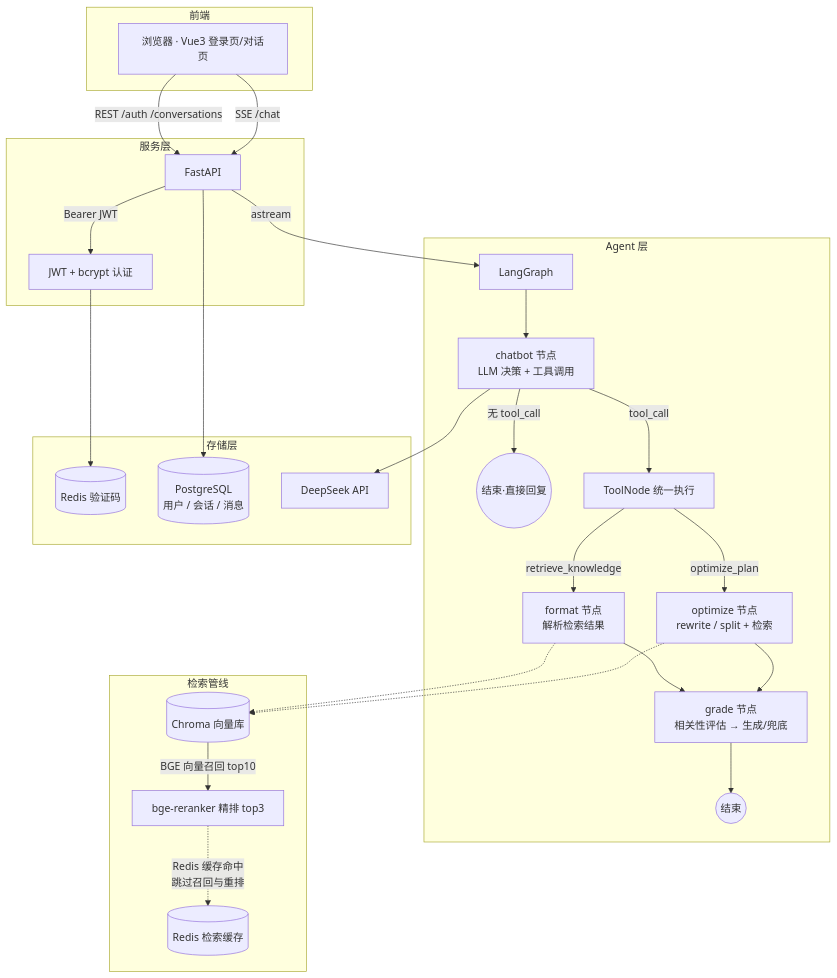
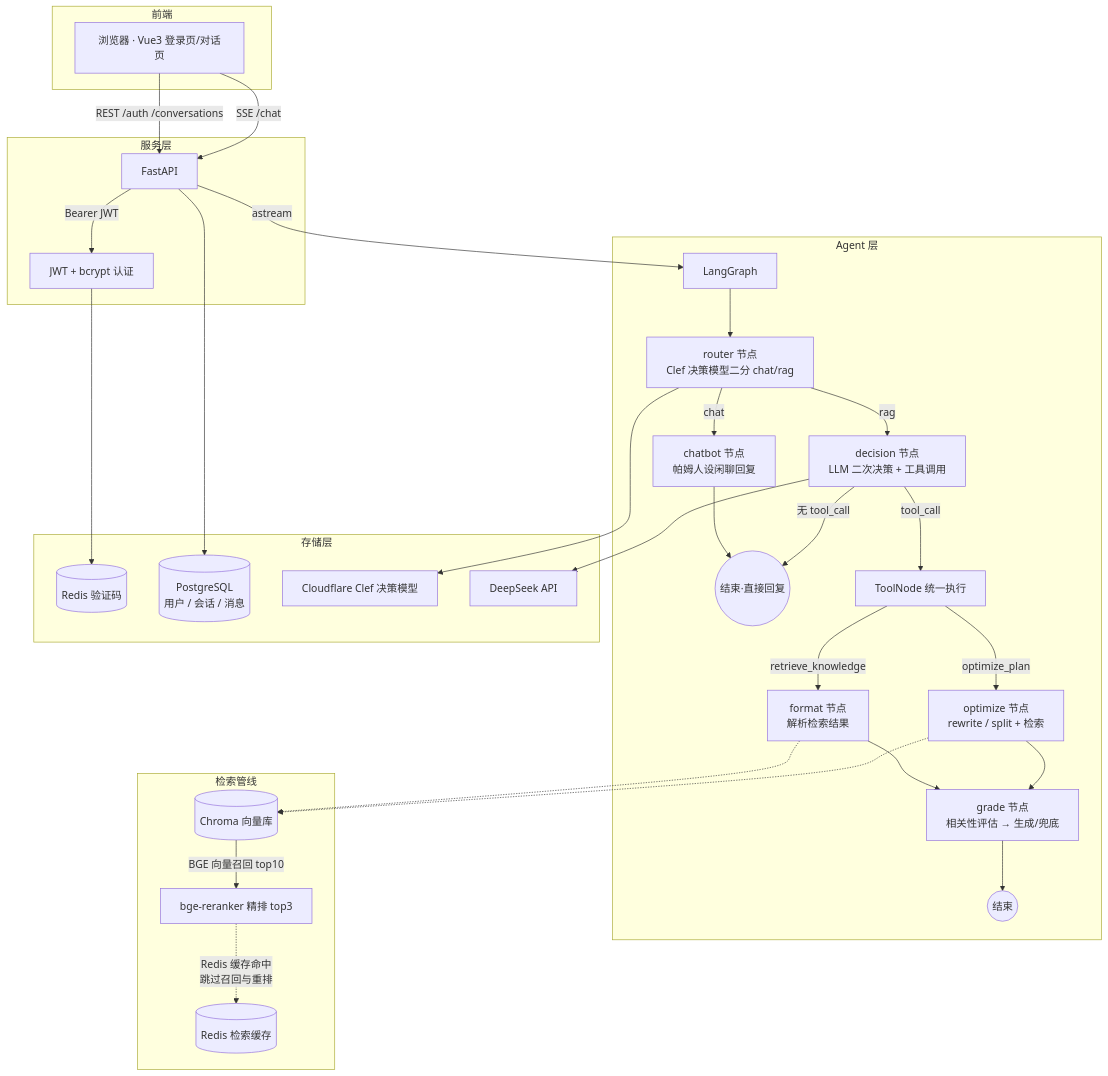
Before and after one commit to Heliostao/pamu-assist: the diagram in README.md, drawn with Mermaid. The commit also changed other lines of this file and 22 other files, not shown here.

First line of the commit message:
feat: V2.5 意图路由接入 Clef 决策模型 + Chroma 升级

````diff
--- a/README.md
+++ b/README.md
@@ -64,37 +70,41 @@
 ```mermaid
 graph TB
     subgraph 前端
         U[浏览器 · Vue3 登录页/对话页]
     end
 
     subgraph 服务层
         U -->|REST /auth /conversations| API[FastAPI]
         U -->|SSE /chat| API
         API -->|Bearer JWT| AUTH[JWT + bcrypt 认证]
     end
 
     subgraph Agent 层
         API -->|astream| LG[LangGraph]
-        LG --> CH[chatbot 节点<br/>LLM 决策 + 工具调用]
-        CH -->|无 tool_call| E1((结束·直接回复))
-        CH -->|tool_call| TN[ToolNode 统一执行]
+        LG --> RT[router 节点<br/>Clef 决策模型二分 chat/rag]
+        RT -->|chat| CB[chatbot 节点<br/>帕姆人设闲聊回复]
+        CB --> E1((结束·直接回复))
+        RT -->|rag| DC[decision 节点<br/>LLM 二次决策 + 工具调用]
+        DC -->|无 tool_call| E1
+        DC -->|tool_call| TN[ToolNode 统一执行]
         TN -->|retrieve_knowledge| FMT[format 节点<br/>解析检索结果]
         TN -->|optimize_plan| OPT[optimize 节点<br/>rewrite / split + 检索]
         FMT --> GD[grade 节点<br/>相关性评估 → 生成/兜底]
         OPT --> GD
         GD --> E2((结束))
     end
 
     subgraph 检索管线
         VS[(Chroma 向量库)] -->|BGE 向量召回 top10| RR[bge-reranker 精排 top3]
         FMT -.-> VS
         OPT -.-> VS
         RR -.->|Redis 缓存命中<br/>跳过召回与重排| RD2[(Redis 检索缓存)]
     end
 
     subgraph 存储层
         AUTH --> RD[(Redis 验证码)]
         API --> PG[(PostgreSQL<br/>用户 / 会话 / 消息)]
-        CH --> DS[DeepSeek API]
+        RT --> CF[Cloudflare Clef 决策模型]
+        DC --> DS[DeepSeek API]
     end
 ```
````
